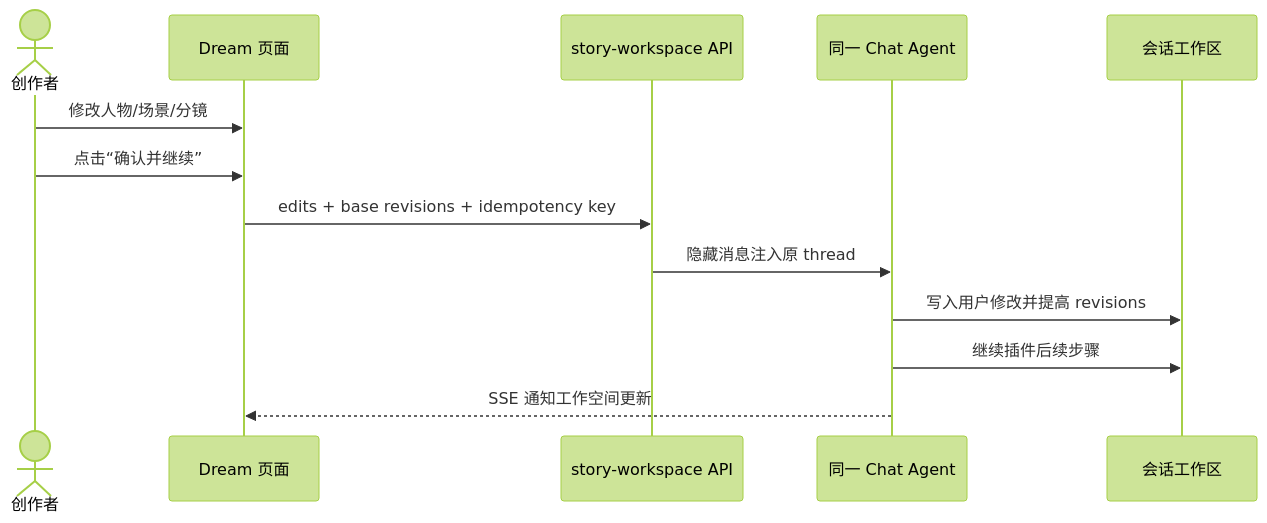
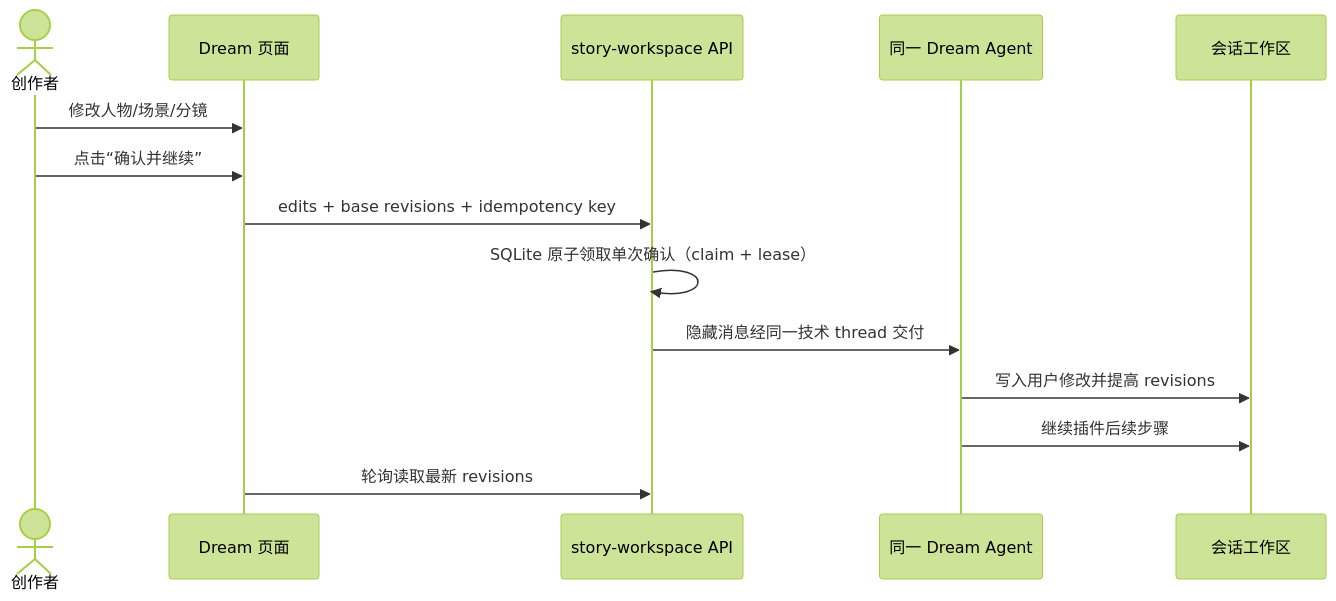
The third of 3 diagrams in docs/design/story-workspace/story-workspace-layout-design.md (glide-the/im-dream), drawn with Mermaid (forest theme) before and after one commit. The commit also changed other lines of this file and 3 other files, not shown here.

````diff
--- a/docs/design/story-workspace/story-workspace-layout-design.md
+++ b/docs/design/story-workspace/story-workspace-layout-design.md
@@ -312,16 +314,17 @@
 ```mermaid
 sequenceDiagram
     actor User as 创作者
     participant UI as Dream 页面
     participant API as story-workspace API
-    participant Agent as 同一 Chat Agent
+    participant Agent as 同一 Dream Agent
     participant FS as 会话工作区
 
     User->>UI: 修改人物/场景/分镜
     User->>UI: 点击“确认并继续”
     UI->>API: edits + base revisions + idempotency key
-    API->>Agent: 隐藏消息注入原 thread
+    API->>API: SQLite 原子领取单次确认（claim + lease）
+    API->>Agent: 隐藏消息经同一技术 thread 交付
     Agent->>FS: 写入用户修改并提高 revisions
     Agent->>FS: 继续插件后续步骤
-    Agent-->>UI: SSE 通知工作空间更新
+    UI->>API: 轮询读取最新 revisions
 ```
````
